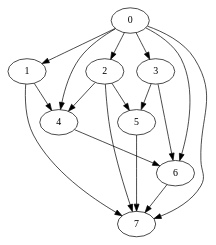
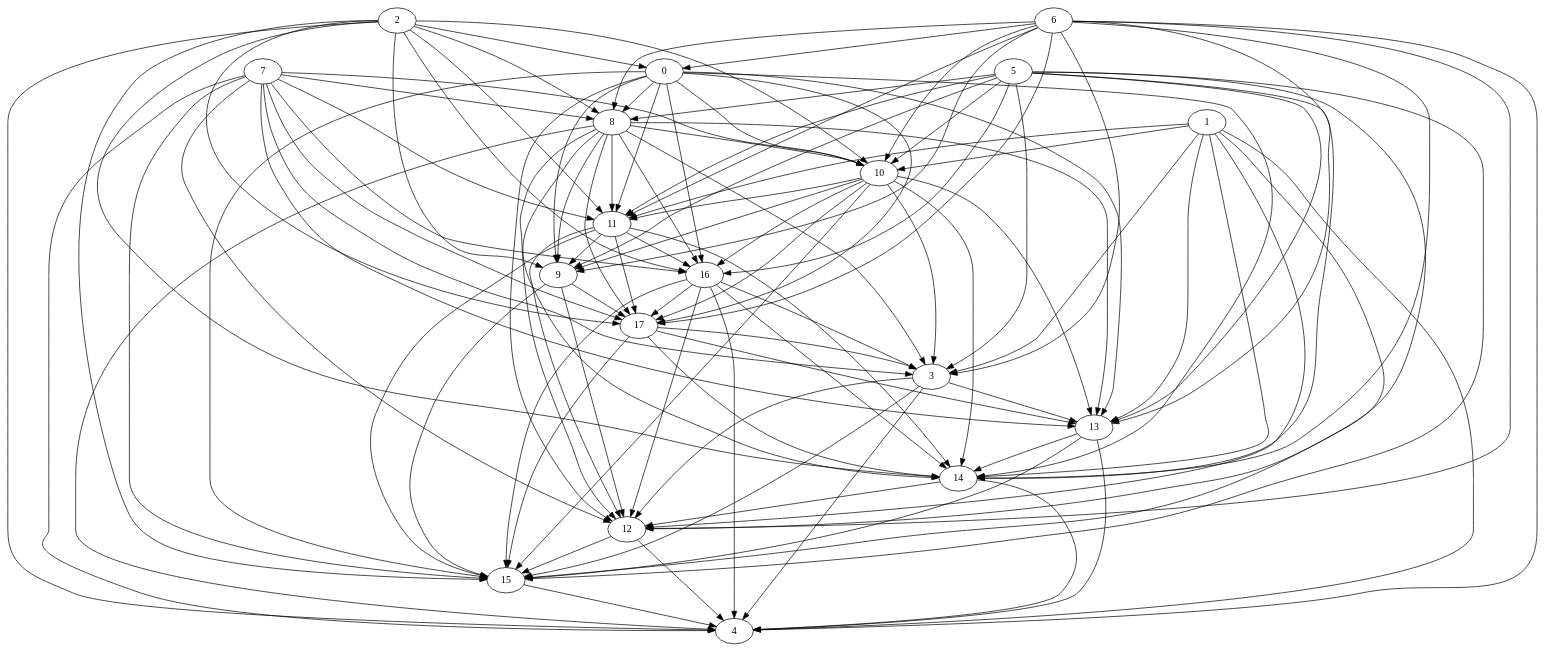
Before and after one commit to zsuh022/process-scheduler: the diagram in src/main/resources/dotfiles/input/Nodes_8_Random-output.dot, drawn with Graphviz. The commit also changed 8 other files, not shown here.

```diff
--- a/src/main/resources/dotfiles/input/Nodes_8_Random-output.dot
+++ b/src/main/resources/dotfiles/input/Nodes_8_Random-output.dot
@@ -1,26 +1,128 @@
 digraph {
-	"0" ["Start"=0,"Weight"=35,"Processor"=2];
-	"1" ["Start"=38,"Weight"=88,"Processor"=1];
-	"2" ["Start"=35,"Weight"=176,"Processor"=2];
-	"3" ["Start"=126,"Weight"=159,"Processor"=1];
-	"4" ["Start"=211,"Weight"=176,"Processor"=2];
-	"5" ["Start"=285,"Weight"=141,"Processor"=1];
-	"6" ["Start"=387,"Weight"=141,"Processor"=2];
-	"7" ["Start"=528,"Weight"=53,"Processor"=2];
-	"0" -> "1" ["Weight"=3];
-	"6" -> "7" ["Weight"=8];
-	"0" -> "2" ["Weight"=9];
-	"2" -> "4" ["Weight"=8];
-	"3" -> "5" ["Weight"=5];
-	"4" -> "6" ["Weight"=2];
-	"5" -> "7" ["Weight"=4];
-	"0" -> "3" ["Weight"=7];
-	"1" -> "4" ["Weight"=10];
-	"2" -> "5" ["Weight"=6];
-	"3" -> "6" ["Weight"=8];
-	"0" -> "4" ["Weight"=5];
-	"2" -> "7" ["Weight"=3];
-	"0" -> "6" ["Weight"=4];
-	"1" -> "7" ["Weight"=6];
-	"0" -> "7" ["Weight"=9];
+	"11" ["Start"=0,"Weight"=745,"Processor"=1];
+	"12" ["Start"=1492,"Weight"=533,"Processor"=1];
+	"13" ["Start"=1270,"Weight"=524,"Processor"=2];
+	"14" ["Start"=1794,"Weight"=879,"Processor"=2];
+	"15" ["Start"=2148,"Weight"=341,"Processor"=1];
+	"16" ["Start"=1472,"Weight"=630,"Processor"=3];
+	"17" ["Start"=2102,"Weight"=431,"Processor"=3];
+	"0" ["Start"=1478,"Weight"=633,"Processor"=4];
+	"1" ["Start"=2111,"Weight"=167,"Processor"=4];
+	"2" ["Start"=2278,"Weight"=886,"Processor"=4];
+	"3" ["Start"=2938,"Weight"=772,"Processor"=3];
+	"4" ["Start"=3710,"Weight"=312,"Processor"=3];
+	"5" ["Start"=2489,"Weight"=115,"Processor"=1];
+	"6" ["Start"=2604,"Weight"=861,"Processor"=1];
+	"7" ["Start"=2673,"Weight"=150,"Processor"=2];
+	"8" ["Start"=3982,"Weight"=764,"Processor"=1];
+	"9" ["Start"=4746,"Weight"=433,"Processor"=1];
+	"10" ["Start"=5176,"Weight"=107,"Processor"=2];
+	"8" -> "9" ["Weight"=585];
+	"0" -> "8" ["Weight"=751];
+	"0" -> "9" ["Weight"=222];
+	"1" -> "10" ["Weight"=972];
+	"1" -> "11" ["Weight"=751];
+	"16" -> "12" ["Weight"=560];
+	"1" -> "12" ["Weight"=518];
+	"12" -> "15" ["Weight"=352];
+	"1" -> "13" ["Weight"=731];
+	"1" -> "14" ["Weight"=901];
+	"5" -> "10" ["Weight"=975];
+	"1" -> "15" ["Weight"=833];
+	"5" -> "11" ["Weight"=940];
+	"5" -> "12" ["Weight"=763];
+	"5" -> "13" ["Weight"=528];
+	"5" -> "14" ["Weight"=537];
+	"5" -> "15" ["Weight"=905];
+	"11" -> "9" ["Weight"=588];
+	"5" -> "16" ["Weight"=691];
+	"9" -> "12" ["Weight"=830];
+	"16" -> "17" ["Weight"=435];
+	"9" -> "15" ["Weight"=288];
+	"16" -> "15" ["Weight"=151];
+	"9" -> "17" ["Weight"=283];
+	"16" -> "14" ["Weight"=261];
+	"1" -> "3" ["Weight"=660];
+	"1" -> "4" ["Weight"=632];
+	"12" -> "4" ["Weight"=150];
+	"2" -> "0" ["Weight"=592];
+	"2" -> "4" ["Weight"=465];
+	"2" -> "8" ["Weight"=818];
+	"2" -> "9" ["Weight"=828];
+	"0" -> "10" ["Weight"=171];
+	"0" -> "11" ["Weight"=570];
+	"0" -> "12" ["Weight"=649];
+	"11" -> "17" ["Weight"=711];
+	"0" -> "13" ["Weight"=205];
+	"11" -> "16" ["Weight"=727];
+	"13" -> "4" ["Weight"=869];
+	"0" -> "14" ["Weight"=114];
+	"11" -> "15" ["Weight"=891];
+	"0" -> "15" ["Weight"=852];
+	"11" -> "14" ["Weight"=859];
+	"0" -> "16" ["Weight"=251];
+	"0" -> "17" ["Weight"=431];
+	"11" -> "12" ["Weight"=998];
+	"8" -> "10" ["Weight"=430];
+	"8" -> "11" ["Weight"=292];
+	"8" -> "12" ["Weight"=728];
+	"8" -> "13" ["Weight"=506];
+	"8" -> "14" ["Weight"=826];
+	"8" -> "16" ["Weight"=594];
+	"8" -> "17" ["Weight"=480];
+	"3" -> "4" ["Weight"=295];
+	"10" -> "11" ["Weight"=393];
+	"14" -> "4" ["Weight"=815];
+	"15" -> "4" ["Weight"=573];
+	"10" -> "17" ["Weight"=845];
+	"10" -> "16" ["Weight"=601];
+	"14" -> "12" ["Weight"=134];
+	"3" -> "12" ["Weight"=362];
+	"10" -> "15" ["Weight"=516];
+	"3" -> "13" ["Weight"=213];
+	"10" -> "14" ["Weight"=869];
+	"7" -> "10" ["Weight"=763];
+	"10" -> "13" ["Weight"=441];
+	"3" -> "15" ["Weight"=810];
+	"7" -> "11" ["Weight"=842];
+	"7" -> "12" ["Weight"=219];
+	"7" -> "13" ["Weight"=689];
+	"7" -> "15" ["Weight"=467];
+	"7" -> "16" ["Weight"=871];
+	"7" -> "17" ["Weight"=643];
+	"5" -> "3" ["Weight"=217];
+	"5" -> "8" ["Weight"=257];
+	"5" -> "9" ["Weight"=932];
+	"16" -> "3" ["Weight"=949];
+	"16" -> "4" ["Weight"=692];
+	"6" -> "0" ["Weight"=387];
+	"6" -> "3" ["Weight"=250];
+	"6" -> "4" ["Weight"=581];
+	"6" -> "8" ["Weight"=577];
+	"6" -> "9" ["Weight"=877];
+	"17" -> "3" ["Weight"=930];
+	"2" -> "10" ["Weight"=512];
+	"13" -> "15" ["Weight"=354];
+	"2" -> "11" ["Weight"=737];
+	"13" -> "14" ["Weight"=201];
+	"2" -> "14" ["Weight"=723];
+	"6" -> "10" ["Weight"=563];
+	"2" -> "15" ["Weight"=477];
+	"6" -> "11" ["Weight"=561];
+	"2" -> "16" ["Weight"=404];
+	"6" -> "12" ["Weight"=258];
+	"2" -> "17" ["Weight"=407];
+	"6" -> "13" ["Weight"=118];
+	"6" -> "14" ["Weight"=880];
+	"6" -> "17" ["Weight"=304];
+	"7" -> "3" ["Weight"=480];
+	"7" -> "4" ["Weight"=947];
+	"17" -> "15" ["Weight"=738];
+	"17" -> "14" ["Weight"=933];
+	"17" -> "13" ["Weight"=313];
+	"7" -> "8" ["Weight"=476];
+	"10" -> "3" ["Weight"=284];
+	"10" -> "9" ["Weight"=820];
+	"8" -> "3" ["Weight"=389];
+	"8" -> "4" ["Weight"=377];
 }
```
